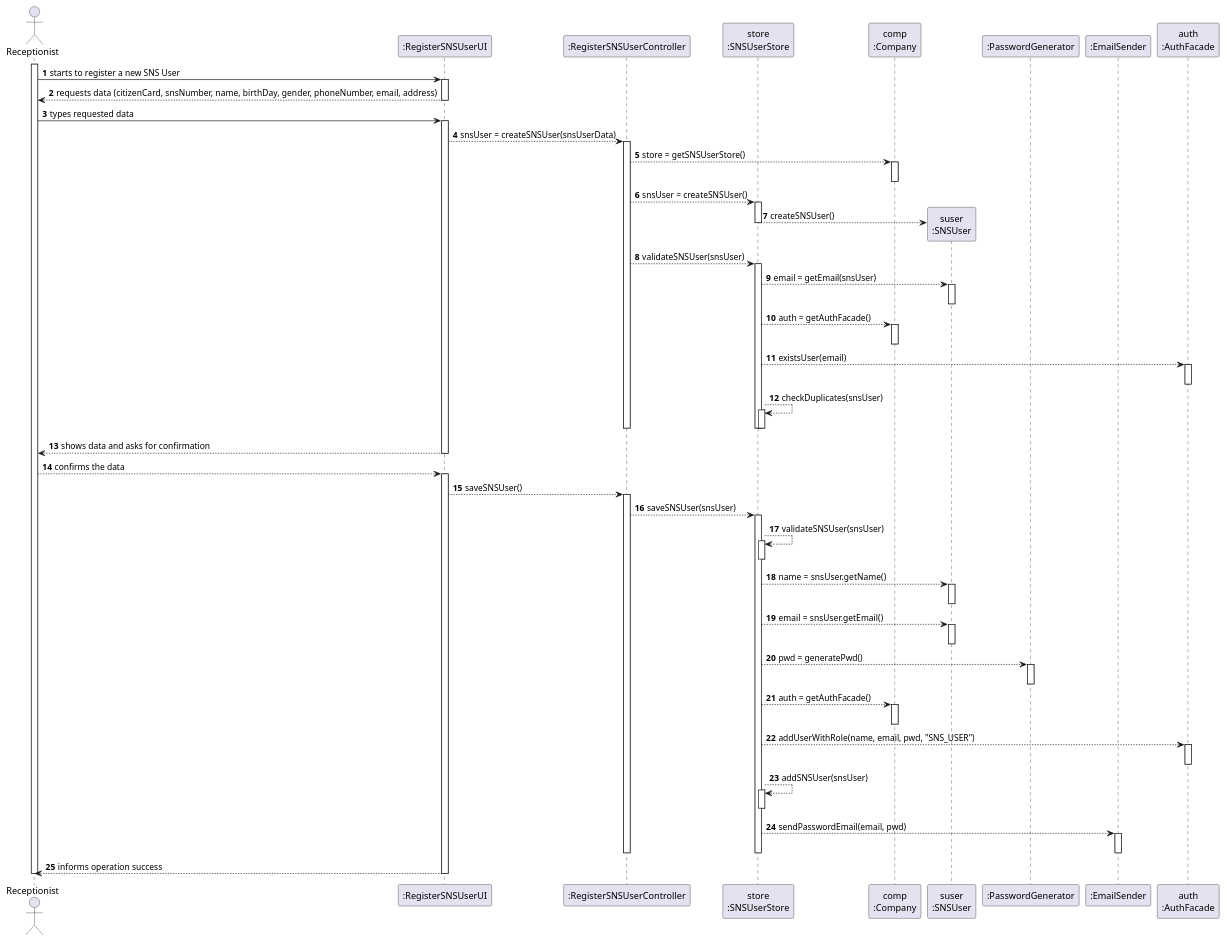
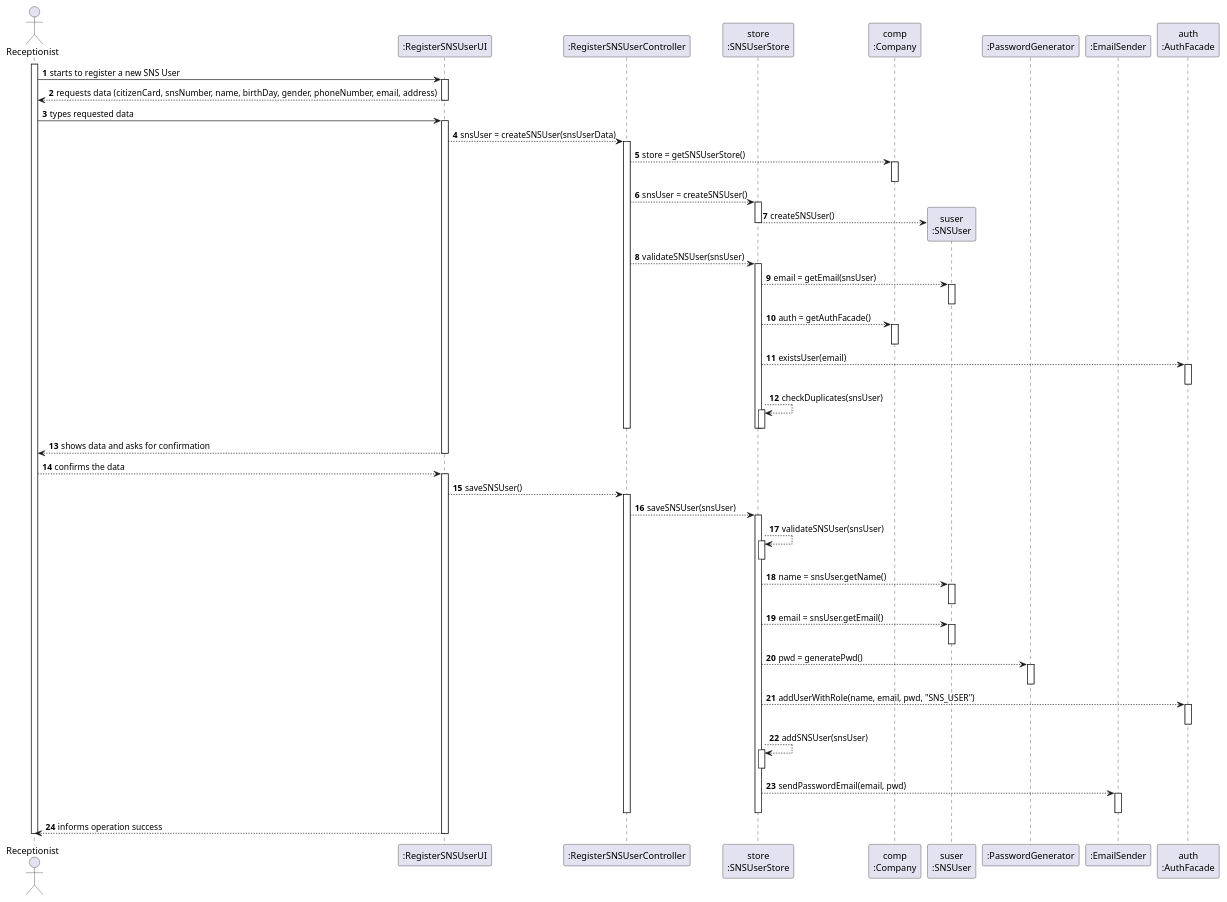
Before and after one commit to miseEnPlace-i/lapr2: the diagram in docs/SprintB/US03/SD/US03_SD.puml, drawn with PlantUML. The commit also changed 2 other files, not shown here.

```diff
--- a/docs/SprintB/US03/SD/US03_SD.puml
+++ b/docs/SprintB/US03/SD/US03_SD.puml
@@ -1,113 +1,113 @@
 @startuml Sequence Diagram
 autonumber
 'hide footbox
 actor "Receptionist" as RECEPT
 
 participant ":RegisterSNSUserUI" as UI
 participant ":RegisterSNSUserController" as CTRL
 participant "store\n:SNSUserStore" as STORE
 participant "comp\n:Company" as COMP
 participant "suser\n:SNSUser" as SUSER
 participant ":PasswordGenerator" as PWDGEN
 participant ":EmailSender" as EMAIL
 participant "auth\n:AuthFacade" as AUTH
 
 activate RECEPT
 RECEPT -> UI : starts to register a new SNS User
 activate UI
 UI --> RECEPT : requests data (citizenCard, snsNumber, name, birthDay, gender, phoneNumber, email, address)
 deactivate UI
 
 RECEPT -> UI : types requested data
 activate UI
 
 UI --> CTRL : snsUser = createSNSUser(snsUserData)
 activate CTRL
 
 CTRL --> COMP : store = getSNSUserStore()
 activate COMP
 deactivate COMP
 
 CTRL --> STORE : snsUser = createSNSUser()
 activate STORE
 
 STORE --> SUSER** : createSNSUser()
 
 deactivate STORE
 
 CTRL --> STORE : validateSNSUser(snsUser)
 activate STORE
 
 STORE --> SUSER : email = getEmail(snsUser)
 activate SUSER
 deactivate SUSER
 
 STORE --> COMP : auth = getAuthFacade()
 activate COMP
 deactivate COMP
 
 STORE --> AUTH : existsUser(email)
 activate AUTH
 deactivate AUTH
 
 STORE --> STORE : checkDuplicates(snsUser)
 activate STORE
 deactivate STORE
 
 deactivate STORE
 deactivate CTRL
 
 UI --> RECEPT : shows data and asks for confirmation
 deactivate UI
 
 
 RECEPT --> UI : confirms the data
 activate UI
 
 UI --> CTRL : saveSNSUser()
 activate CTRL
 
 CTRL --> STORE : saveSNSUser(snsUser)
 activate STORE
 
 STORE --> STORE : validateSNSUser(snsUser)
 activate STORE
 deactivate STORE
 
 STORE --> SUSER : name = snsUser.getName()
 activate SUSER
 deactivate SUSER
 
 STORE --> SUSER : email = snsUser.getEmail()
 activate SUSER
 deactivate SUSER
 
 STORE --> PWDGEN : pwd = generatePwd()
 activate PWDGEN
 deactivate PWDGEN
 
-STORE --> COMP : auth = getAuthFacade()
-activate COMP
-deactivate COMP
+' STORE --> COMP : auth = getAuthFacade()
+' activate COMP
+' deactivate COMP
 
 STORE --> AUTH : addUserWithRole(name, email, pwd, "SNS_USER")
 activate AUTH
 deactivate AUTH
 
 STORE --> STORE : addSNSUser(snsUser)
 activate STORE
 deactivate STORE
 
 STORE --> EMAIL : sendPasswordEmail(email, pwd)
 activate EMAIL
 deactivate EMAIL
 
 deactivate STORE
 deactivate CTRL
 
 UI --> RECEPT : informs operation success
 deactivate UI
 
 deactivate RECEPT
 
 @enduml
```
